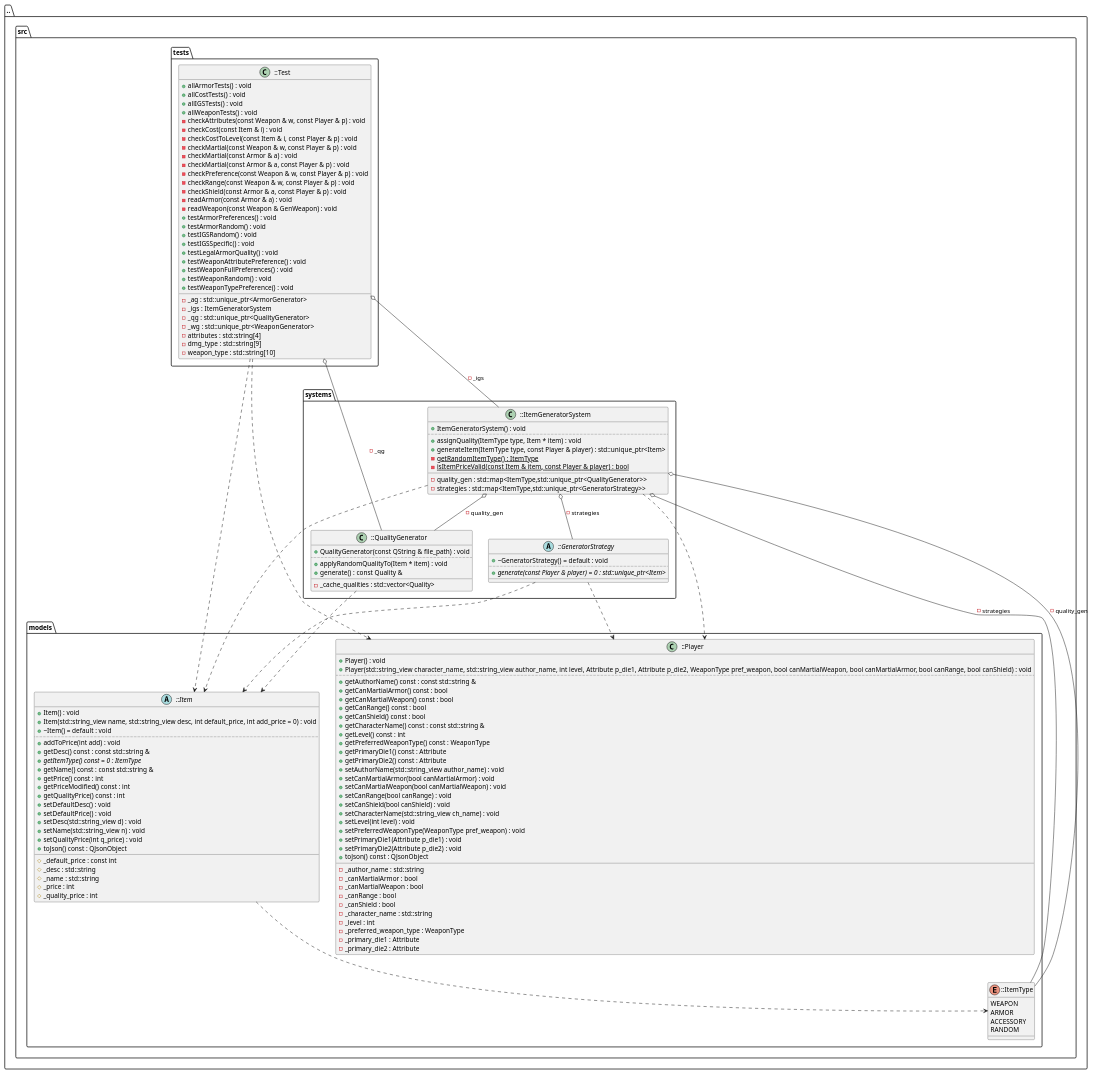
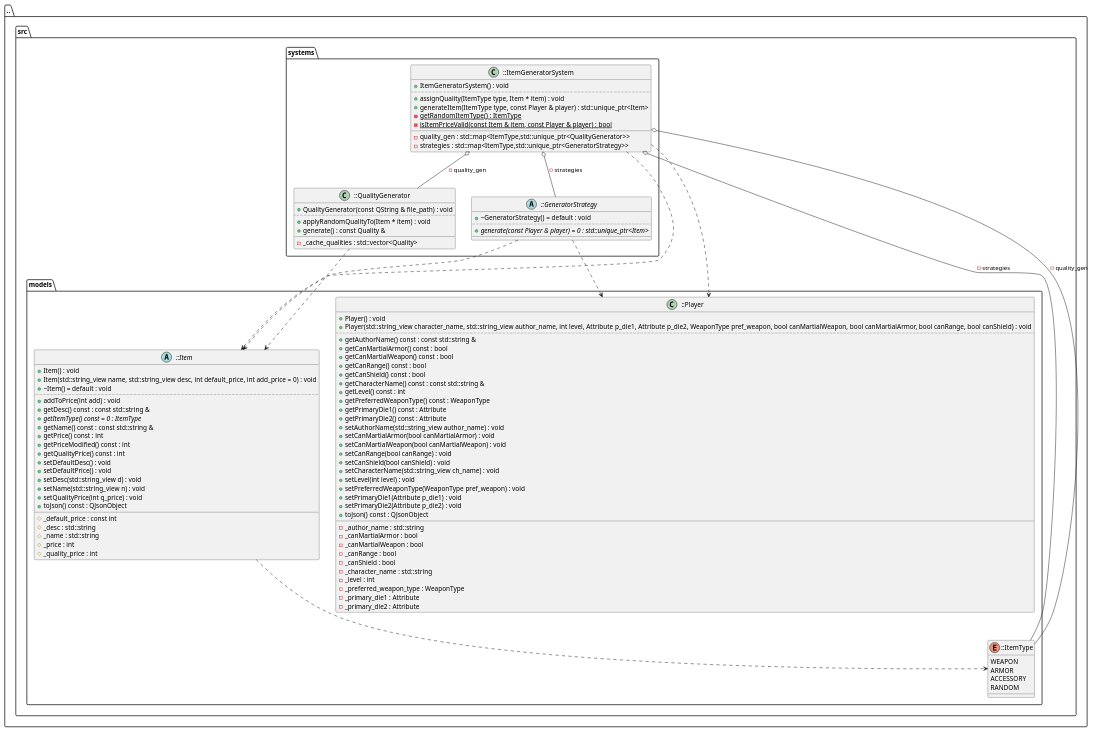
The diagram in docs/diagrams/ItemGeneratorSystem_diagram.puml (FasolowySpioch/faubla-ultima-item-generator), drawn with PlantUML before and after one commit. The commit also changed 23 other files, not shown here.

```diff
--- a/docs/diagrams/ItemGeneratorSystem_diagram.puml
+++ b/docs/diagrams/ItemGeneratorSystem_diagram.puml
@@ -1,163 +1,122 @@
 @startuml
 package [..] as C_0016431317663134048372 {
 package [src] as C_0010634688166860467214 {
 package [models] as C_0001626712604113445200 {
 enum "::ItemType" as C_0009506588567340924694
 enum C_0009506588567340924694 {
 WEAPON
 ARMOR
 ACCESSORY
 RANDOM
 }
 abstract "::Item" as C_0005967165952864249862
 abstract C_0005967165952864249862 {
 +Item() : void
 +Item(std::string_view name, std::string_view desc, int default_price, int add_price = 0) : void
 +~Item() = default : void
 ..
 +addToPrice(int add) : void
 +getDesc() const : const std::string &
 {abstract} +getItemType() const = 0 : ItemType
 +getName() const : const std::string &
 +getPrice() const : int
 +getPriceModified() const : int
 +getQualityPrice() const : int
 +setDefaultDesc() : void
 +setDefaultPrice() : void
 +setDesc(std::string_view d) : void
 +setName(std::string_view n) : void
 +setQualityPrice(int q_price) : void
 +toJson() const : QJsonObject
 __
 #_default_price : const int
 #_desc : std::string
 #_name : std::string
 #_price : int
 #_quality_price : int
 }
 class "::Player" as C_0003692324345213718176
 class C_0003692324345213718176 {
 +Player() : void
 +Player(std::string_view character_name, std::string_view author_name, int level, Attribute p_die1, Attribute p_die2, WeaponType pref_weapon, bool canMartialWeapon, bool canMartialArmor, bool canRange, bool canShield) : void
 ..
 +getAuthorName() const : const std::string &
 +getCanMartialArmor() const : bool
 +getCanMartialWeapon() const : bool
 +getCanRange() const : bool
 +getCanShield() const : bool
 +getCharacterName() const : const std::string &
 +getLevel() const : int
 +getPreferredWeaponType() const : WeaponType
 +getPrimaryDie1() const : Attribute
 +getPrimaryDie2() const : Attribute
 +setAuthorName(std::string_view author_name) : void
 +setCanMartialArmor(bool canMartialArmor) : void
 +setCanMartialWeapon(bool canMartialWeapon) : void
 +setCanRange(bool canRange) : void
 +setCanShield(bool canShield) : void
 +setCharacterName(std::string_view ch_name) : void
 +setLevel(int level) : void
 +setPreferredWeaponType(WeaponType pref_weapon) : void
 +setPrimaryDie1(Attribute p_die1) : void
 +setPrimaryDie2(Attribute p_die2) : void
 +toJson() const : QJsonObject
 __
 -_author_name : std::string
 -_canMartialArmor : bool
 -_canMartialWeapon : bool
 -_canRange : bool
 -_canShield : bool
 -_character_name : std::string
 -_level : int
 -_preferred_weapon_type : WeaponType
 -_primary_die1 : Attribute
 -_primary_die2 : Attribute
 }
 }
 package [systems] as C_0016692703261607978348 {
 abstract "::GeneratorStrategy" as C_0003391557478520177739
 abstract C_0003391557478520177739 {
 +~GeneratorStrategy() = default : void
 ..
 {abstract} +generate(const Player & player) = 0 : std::unique_ptr<Item>
 __
 }
 class "::QualityGenerator" as C_0017722926631985697211
 class C_0017722926631985697211 {
 +QualityGenerator(const QString & file_path) : void
 ..
 +applyRandomQualityTo(Item * item) : void
 +generate() : const Quality &
 __
 -_cache_qualities : std::vector<Quality>
 }
 class "::ItemGeneratorSystem" as C_0003751086353887321154
 class C_0003751086353887321154 {
 +ItemGeneratorSystem() : void
 ..
 +assignQuality(ItemType type, Item * item) : void
 +generateItem(ItemType type, const Player & player) : std::unique_ptr<Item>
 {static} -getRandomItemType() : ItemType
 {static} -isItemPriceValid(const Item & item, const Player & player) : bool
 __
 -quality_gen : std::map<ItemType,std::unique_ptr<QualityGenerator>>
 -strategies : std::map<ItemType,std::unique_ptr<GeneratorStrategy>>
 }
 }
-package [tests] as C_0009102687024667839383 {
-class "::Test" as C_0002626979548338364165
-class C_0002626979548338364165 {
-+allArmorTests() : void
-+allCostTests() : void
-+allIGSTests() : void
-+allWeaponTests() : void
--checkAttributes(const Weapon & w, const Player & p) : void
--checkCost(const Item & i) : void
--checkCostToLevel(const Item & i, const Player & p) : void
--checkMartial(const Weapon & w, const Player & p) : void
--checkMartial(const Armor & a) : void
--checkMartial(const Armor & a, const Player & p) : void
--checkPreference(const Weapon & w, const Player & p) : void
--checkRange(const Weapon & w, const Player & p) : void
--checkShield(const Armor & a, const Player & p) : void
--readArmor(const Armor & a) : void
--readWeapon(const Weapon & GenWeapon) : void
-+testArmorPreferences() : void
-+testArmorRandom() : void
-+testIGSRandom() : void
-+testIGSSpecific() : void
-+testLegalArmorQuality() : void
-+testWeaponAttributePreference() : void
-+testWeaponFullPreferences() : void
-+testWeaponRandom() : void
-+testWeaponTypePreference() : void
-__
--_ag : std::unique_ptr<ArmorGenerator>
--_igs : ItemGeneratorSystem
--_qg : std::unique_ptr<QualityGenerator>
--_wg : std::unique_ptr<WeaponGenerator>
--attributes : std::string[4]
--dmg_type : std::string[9]
--weapon_type : std::string[10]
-}
-}
 }
 }
 C_0005967165952864249862 ..> C_0009506588567340924694
 C_0003391557478520177739 ..> C_0003692324345213718176
 C_0003391557478520177739 ..> C_0005967165952864249862
 C_0017722926631985697211 ..> C_0005967165952864249862
 C_0003751086353887321154 ..> C_0005967165952864249862
 C_0003751086353887321154 ..> C_0003692324345213718176
 C_0003751086353887321154 o-- C_0009506588567340924694 : -strategies
 C_0003751086353887321154 o-- C_0003391557478520177739 : -strategies
 C_0003751086353887321154 o-- C_0009506588567340924694 : -quality_gen
 C_0003751086353887321154 o-- C_0017722926631985697211 : -quality_gen
-C_0002626979548338364165 ..> C_0003692324345213718176
-C_0002626979548338364165 ..> C_0005967165952864249862
-C_0002626979548338364165 o-- C_0003751086353887321154 : -_igs
-C_0002626979548338364165 o-- C_0017722926631985697211 : -_qg
 
 'Generated with clang-uml, version 0.6.2
 'LLVM version clang version 20.1.7 (https://github.com/llvm/llvm-project.git 6146a88f60492b520a36f8f8f3231e15f3cc6082)
 @enduml
```
